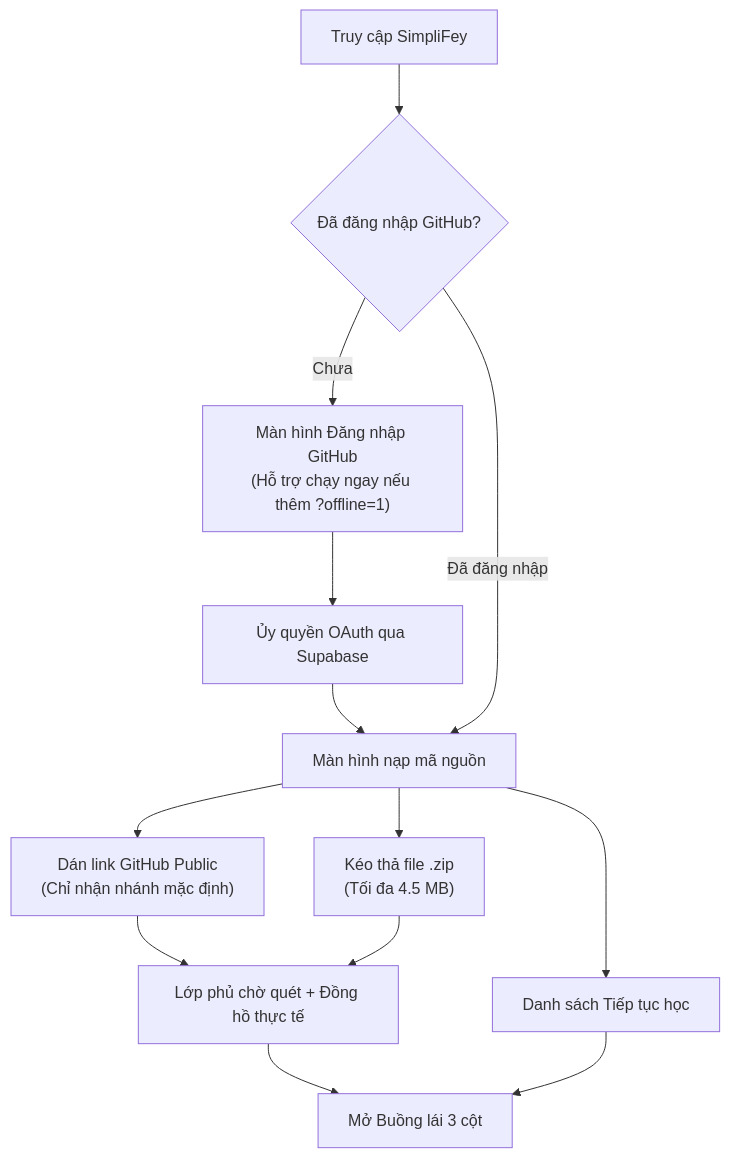
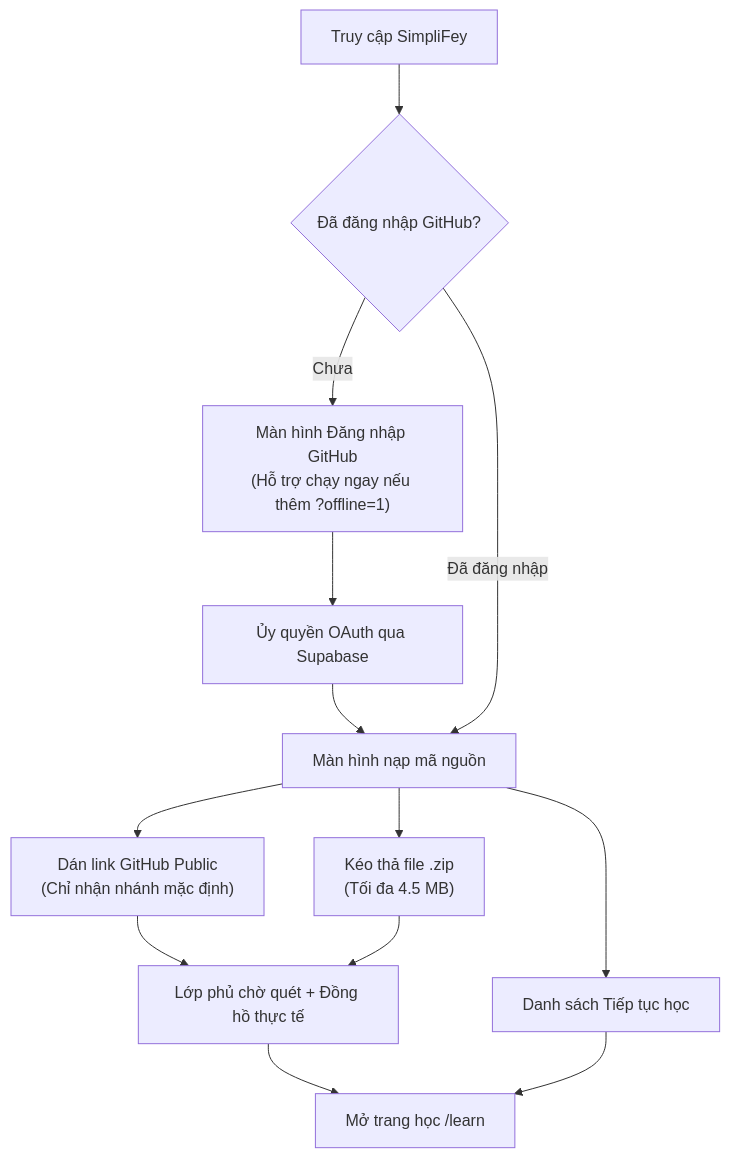
The first of 9 diagrams in doc-de-hieu/06_giao_dien.md (huynhthanhnhannnh-pixel/Hackathon_SGU), drawn with Mermaid before and after one commit. The commit also changed other lines of this file and 10 other files, not shown here.

````diff
--- a/doc-de-hieu/06_giao_dien.md
+++ b/doc-de-hieu/06_giao_dien.md
@@ -65,13 +65,13 @@
 ```mermaid
 flowchart TD
     START["Truy cập SimpliFey"] --> AUTH{"Đã đăng nhập GitHub?"}
     AUTH -- "Chưa" --> LOGIN["Màn hình Đăng nhập GitHub<br/>(Hỗ trợ chạy ngay nếu thêm ?offline=1)"]
     LOGIN --> CALLBACK["Ủy quyền OAuth qua Supabase"] --> INGEST
     AUTH -- "Đã đăng nhập" --> INGEST["Màn hình nạp mã nguồn"]
     INGEST --> INPUT["Dán link GitHub Public<br/>(Chỉ nhận nhánh mặc định)"]
     INGEST --> DROP["Kéo thả file .zip<br/>(Tối đa 4.5 MB)"]
     INGEST --> RESUME["Danh sách Tiếp tục học"]
     INPUT & DROP --> SCANNING["Lớp phủ chờ quét + Đồng hồ thực tế"]
-    SCANNING --> WORKBENCH["Mở Buồng lái 3 cột"]
+    SCANNING --> WORKBENCH["Mở trang học /learn"]
     RESUME --> WORKBENCH
 ```
````
